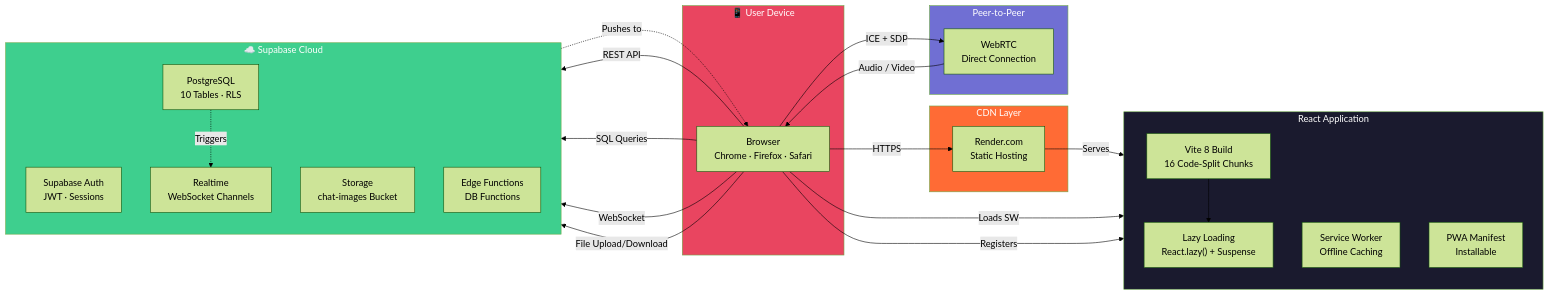
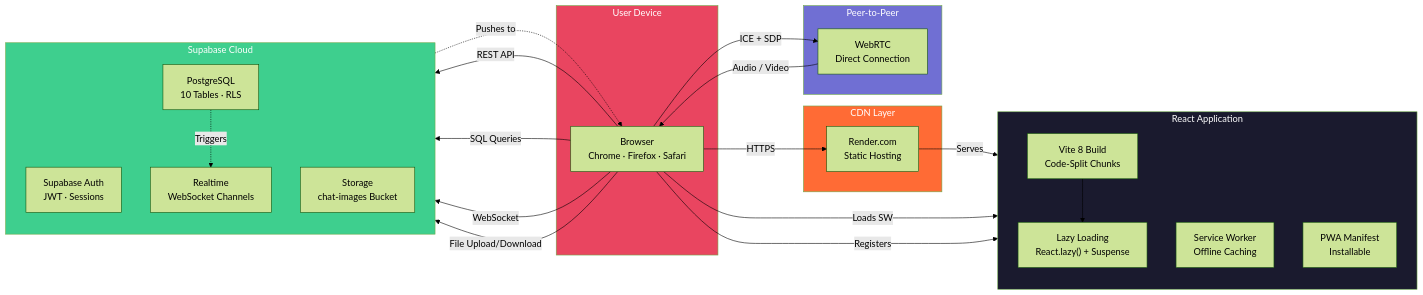
One commit to VishnuSreeVidya/NodeTalk changed the seventh of 7 diagrams in README.md. Above: the diagram before and after it, drawn with Mermaid (forest theme). The commit also changed other lines of this file, not shown here.

````diff
--- a/README.md
+++ b/README.md
@@ -902,54 +722,53 @@
 ```mermaid
 flowchart LR
-    subgraph UserDevice["📱 User Device"]
-        Browser["Browser<br/>Chrome · Firefox · Safari"]
+    subgraph UserDevice["User Device"]
+        Browser["Browser<br/>Chrome &middot; Firefox &middot; Safari"]
     end
 
     subgraph CDN["CDN Layer"]
         Render["Render.com<br/>Static Hosting"]
     end
 
     subgraph ClientApp["React Application"]
         direction TB
-        ViteBuild["Vite 8 Build<br/>16 Code-Split Chunks"]
+        ViteBuild["Vite 8 Build<br/>Code-Split Chunks"]
         LazyLoad["Lazy Loading<br/>React.lazy() + Suspense"]
         SW["Service Worker<br/>Offline Caching"]
         Manifest["PWA Manifest<br/>Installable"]
     end
 
-    subgraph SupabaseCloud["☁️ Supabase Cloud"]
+    subgraph SupabaseCloud["Supabase Cloud"]
         direction TB
-        SAuth["Supabase Auth<br/>JWT · Sessions"]
-        SDB["PostgreSQL<br/>10 Tables · RLS"]
+        SAuth["Supabase Auth<br/>JWT &middot; Sessions"]
+        SDB["PostgreSQL<br/>10 Tables &middot; RLS"]
         SRealtime["Realtime<br/>WebSocket Channels"]
         SStorage["Storage<br/>chat-images Bucket"]
-        SEdge["Edge Functions<br/>DB Functions"]
     end
 
     subgraph P2P["Peer-to-Peer"]
         WebRTCConn["WebRTC<br/>Direct Connection"]
     end
 
     Browser -->|"HTTPS"| Render
     Render -->|"Serves"| ViteBuild
     ViteBuild --> LazyLoad
     Browser -->|"Loads SW"| SW
     Browser -->|"Registers"| Manifest
 
     Browser -->|"REST API"| SAuth
     Browser -->|"SQL Queries"| SDB
     Browser -->|"WebSocket"| SRealtime
     Browser -->|"File Upload/Download"| SStorage
 
     Browser -->|"ICE + SDP"| WebRTCConn
     WebRTCConn -->|"Audio / Video"| Browser
 
     SDB -.->|"Triggers"| SRealtime
     SRealtime -.->|"Pushes to"| Browser
 
     style UserDevice fill:#e94560,color:#fff
     style CDN fill:#ff6b35,color:#fff
     style ClientApp fill:#1a1a2e,color:#fff
     style SupabaseCloud fill:#3ecf8e,color:#fff
     style P2P fill:#706fd3,color:#fff
 ```
````
